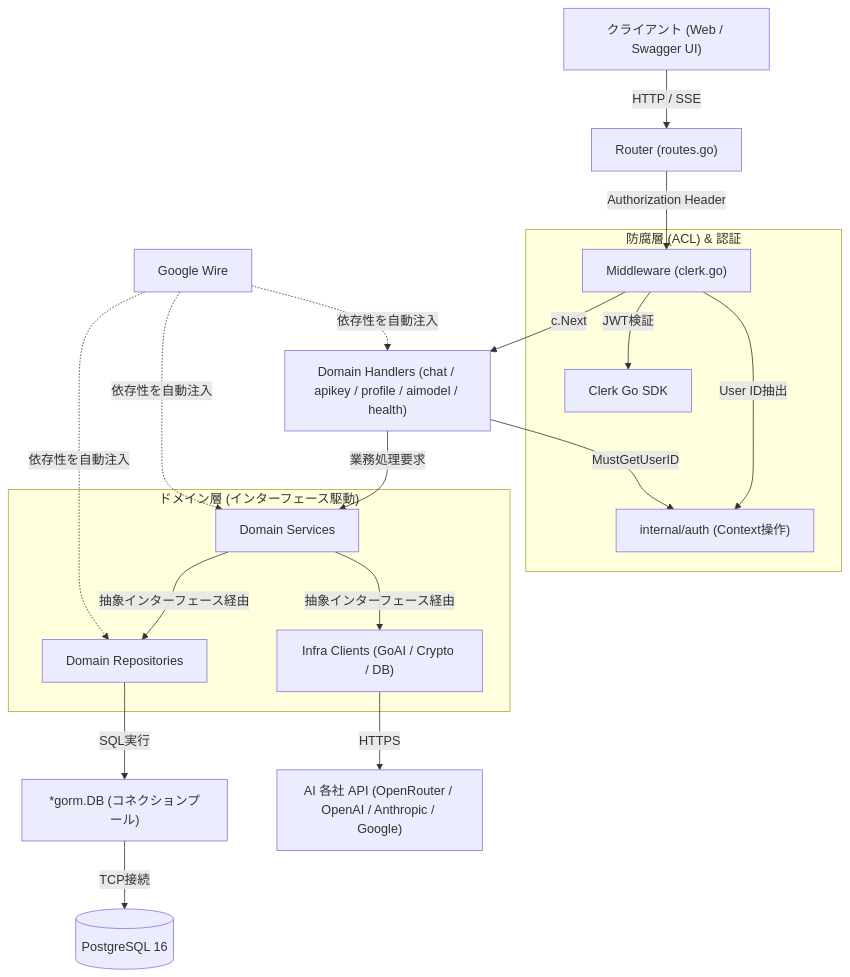
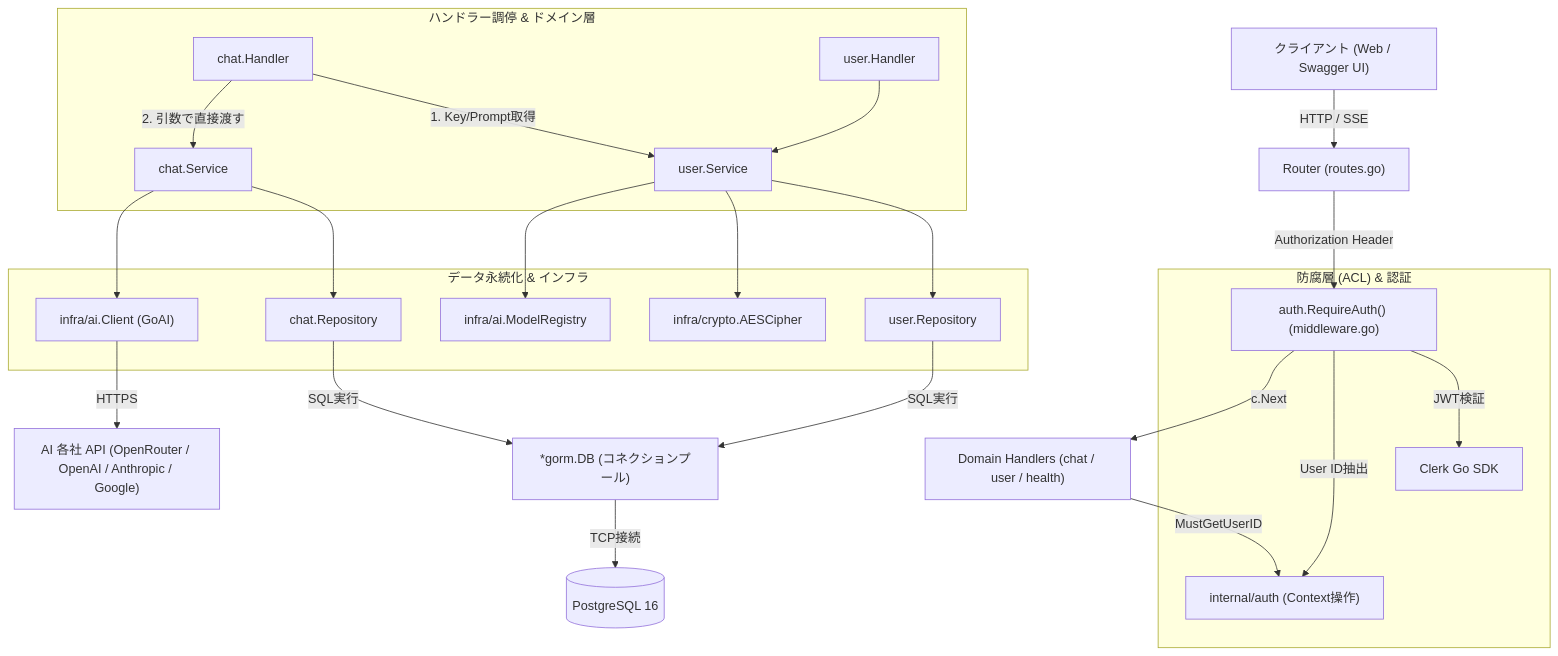
One commit to NAoMi-1242/study-gin-clerk changed the diagram in README.md. Above: the diagram before and after it, drawn with Mermaid. The commit also changed other lines of this file and 32 other files, not shown here.

First line of the commit message:
refactor: remove profile package and integrate user management

````diff
--- a/README.md
+++ b/README.md
@@ -42,27 +42,32 @@
 ```mermaid
 graph TD
     Client["クライアント (Web / Swagger UI)"] -->|HTTP / SSE| Router["Router (routes.go)"]
-    Router -->|Authorization Header| Middleware["Middleware (clerk.go)"]
+    Router -->|Authorization Header| AuthMW["auth.RequireAuth() (middleware.go)"]
 
     subgraph "防腐層 (ACL) & 認証"
-        Middleware -->|JWT検証| ClerkSDK["Clerk Go SDK"]
-        Middleware -->|User ID抽出| AuthCtx["internal/auth (Context操作)"]
+        AuthMW -->|JWT検証| ClerkSDK["Clerk Go SDK"]
+        AuthMW -->|User ID抽出| AuthCtx["internal/auth (Context操作)"]
     end
 
-    Middleware -->|c.Next| Handlers["Domain Handlers (chat / apikey / profile / aimodel / health)"]
+    AuthMW -->|c.Next| Handlers["Domain Handlers (chat / user / health)"]
     Handlers -->|MustGetUserID| AuthCtx
-    Handlers -->|業務処理要求| Services["Domain Services"]
 
-    subgraph "ドメイン層 (インターフェース駆動)"
-        Services -->|抽象インターフェース経由| Repositories["Domain Repositories"]
-        Services -->|抽象インターフェース経由| Infra["Infra Clients (GoAI / Crypto / DB)"]
+    subgraph "ハンドラー調停 & ドメイン層"
+        ChatH["chat.Handler"] -->|1. Key/Prompt取得| UserSvc["user.Service"]
+        ChatH -->|2. 引数で直接渡す| ChatSvc["chat.Service"]
+        UserH["user.Handler"] --> UserSvc
     end
 
-    Repositories -->|SQL実行| DBClient["*gorm.DB (コネクションプール)"]
+    subgraph "データ永続化 & インフラ"
+        ChatSvc --> ChatRepo["chat.Repository"]
+        UserSvc --> UserRepo["user.Repository"]
+        ChatSvc --> AIClient["infra/ai.Client (GoAI)"]
+        UserSvc --> AESCipher["infra/crypto.AESCipher"]
+        UserSvc --> AIRegistry["infra/ai.ModelRegistry"]
+    end
+
+    ChatRepo -->|SQL実行| DBClient["*gorm.DB (コネクションプール)"]
+    UserRepo -->|SQL実行| DBClient
     DBClient -->|TCP接続| Database[("PostgreSQL 16")]
-    Infra -->|HTTPS| AIProviders["AI 各社 API (OpenRouter / OpenAI / Anthropic / Google)"]
-
-    Wire["Google Wire"] -.->|依存性を自動注入| Handlers
-    Wire -.->|依存性を自動注入| Services
-    Wire -.->|依存性を自動注入| Repositories
+    AIClient -->|HTTPS| AIProviders["AI 各社 API (OpenRouter / OpenAI / Anthropic / Google)"]
 ```
````
